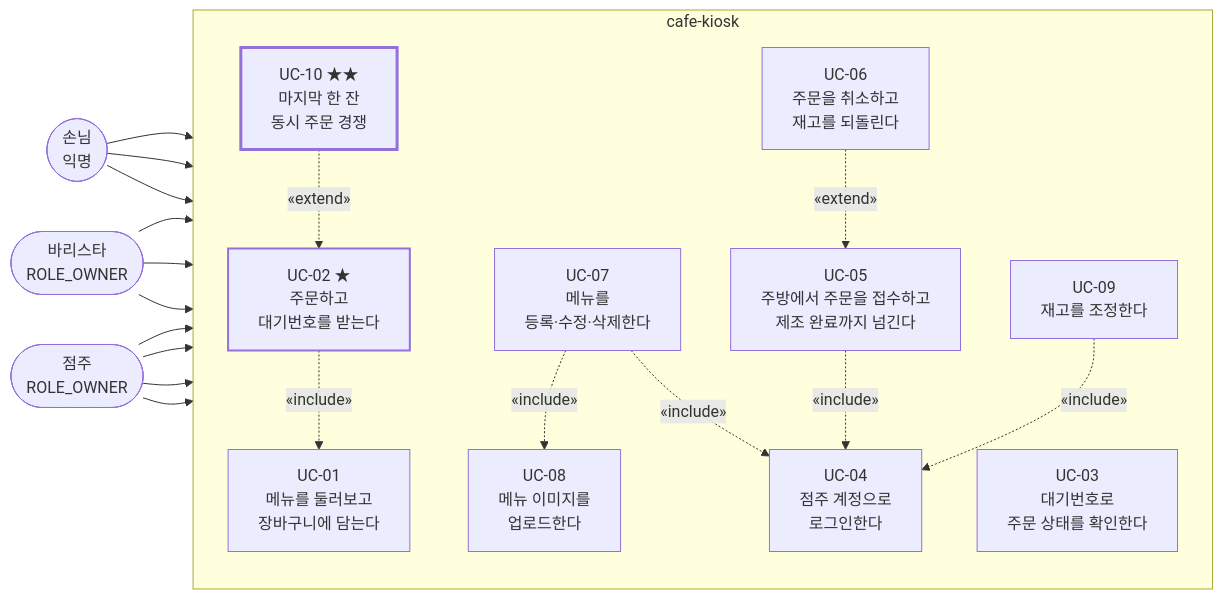
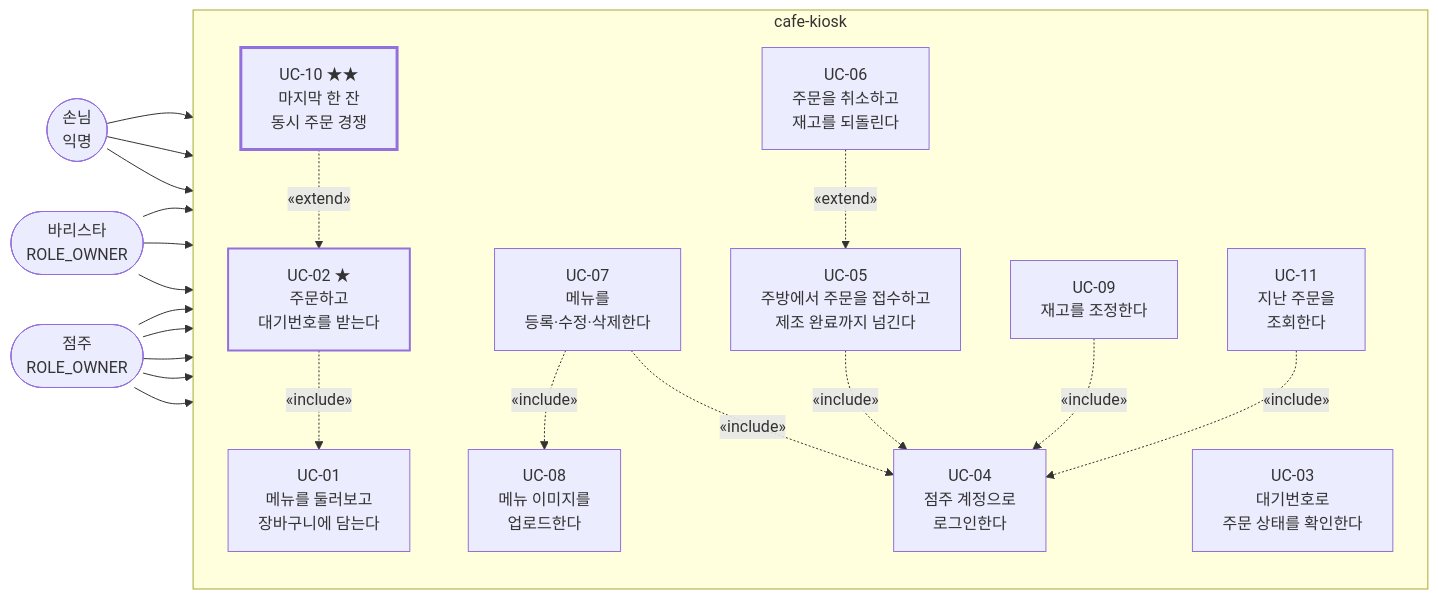
Before and after one commit to hhyukk/cafe-kiosk: the first of 4 diagrams in docs/USECASES.md, drawn with Mermaid. The commit also changed other lines of this file, not shown here.

````diff
--- a/docs/USECASES.md
+++ b/docs/USECASES.md
@@ -66,46 +63,49 @@
 ```mermaid
 flowchart LR
     GUEST(["손님<br/>익명"])
     BARISTA(["바리스타<br/>ROLE_OWNER"])
     OWNER(["점주<br/>ROLE_OWNER"])
 
     subgraph SYS["cafe-kiosk"]
         direction TB
         UC01["UC-01<br/>메뉴를 둘러보고<br/>장바구니에 담는다"]
         UC02["UC-02 ★<br/>주문하고<br/>대기번호를 받는다"]
         UC03["UC-03<br/>대기번호로<br/>주문 상태를 확인한다"]
         UC10["UC-10 ★★<br/>마지막 한 잔<br/>동시 주문 경쟁"]
 
         UC04["UC-04<br/>점주 계정으로<br/>로그인한다"]
         UC05["UC-05<br/>주방에서 주문을 접수하고<br/>제조 완료까지 넘긴다"]
         UC06["UC-06<br/>주문을 취소하고<br/>재고를 되돌린다"]
 
         UC07["UC-07<br/>메뉴를<br/>등록·수정·삭제한다"]
         UC08["UC-08<br/>메뉴 이미지를<br/>업로드한다"]
         UC09["UC-09<br/>재고를 조정한다"]
+        UC11["UC-11<br/>지난 주문을<br/>조회한다"]
     end
 
     GUEST --> UC01
     GUEST --> UC02
     GUEST --> UC03
 
     BARISTA --> UC04
     BARISTA --> UC05
     BARISTA --> UC06
 
     OWNER --> UC04
     OWNER --> UC07
     OWNER --> UC09
+    OWNER --> UC11
     OWNER --> UC06
 
     UC02 -.->|"«include»"| UC01
     UC07 -.->|"«include»"| UC08
     UC05 -.->|"«include»"| UC04
     UC07 -.->|"«include»"| UC04
     UC09 -.->|"«include»"| UC04
+    UC11 -.->|"«include»"| UC04
     UC10 -.->|"«extend»"| UC02
     UC06 -.->|"«extend»"| UC05
 
     style UC02 stroke-width:2px
     style UC10 stroke-width:3px
 ```
````
